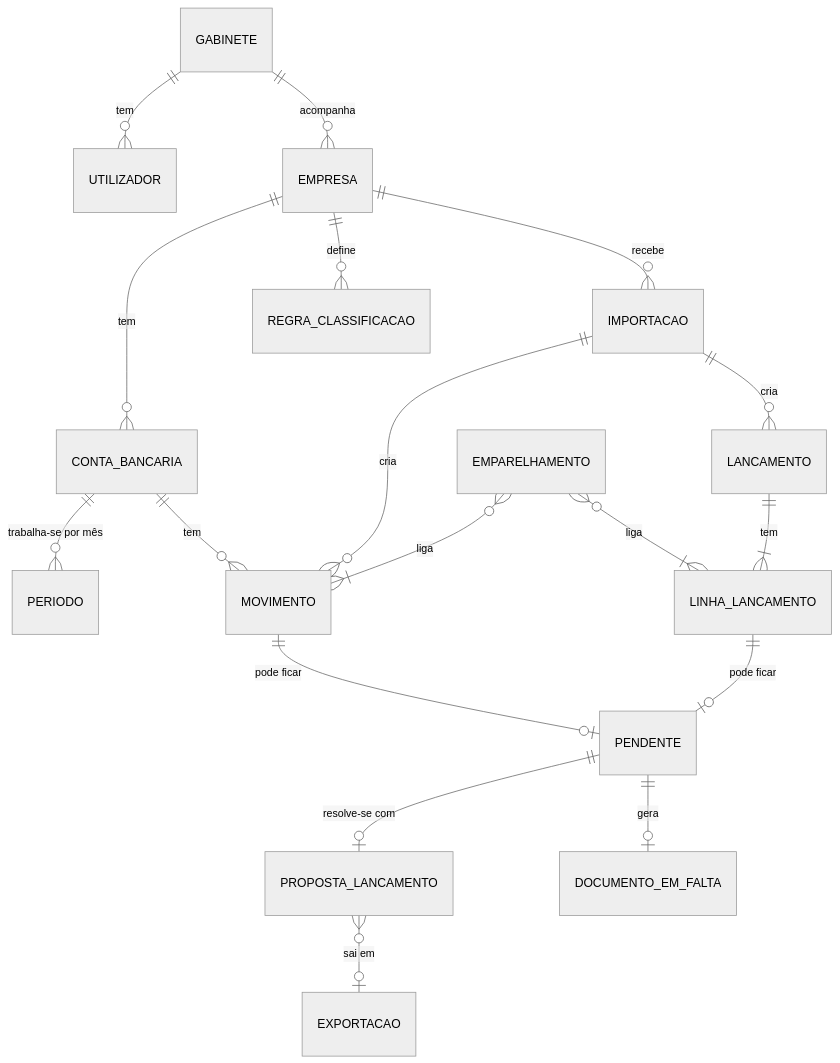
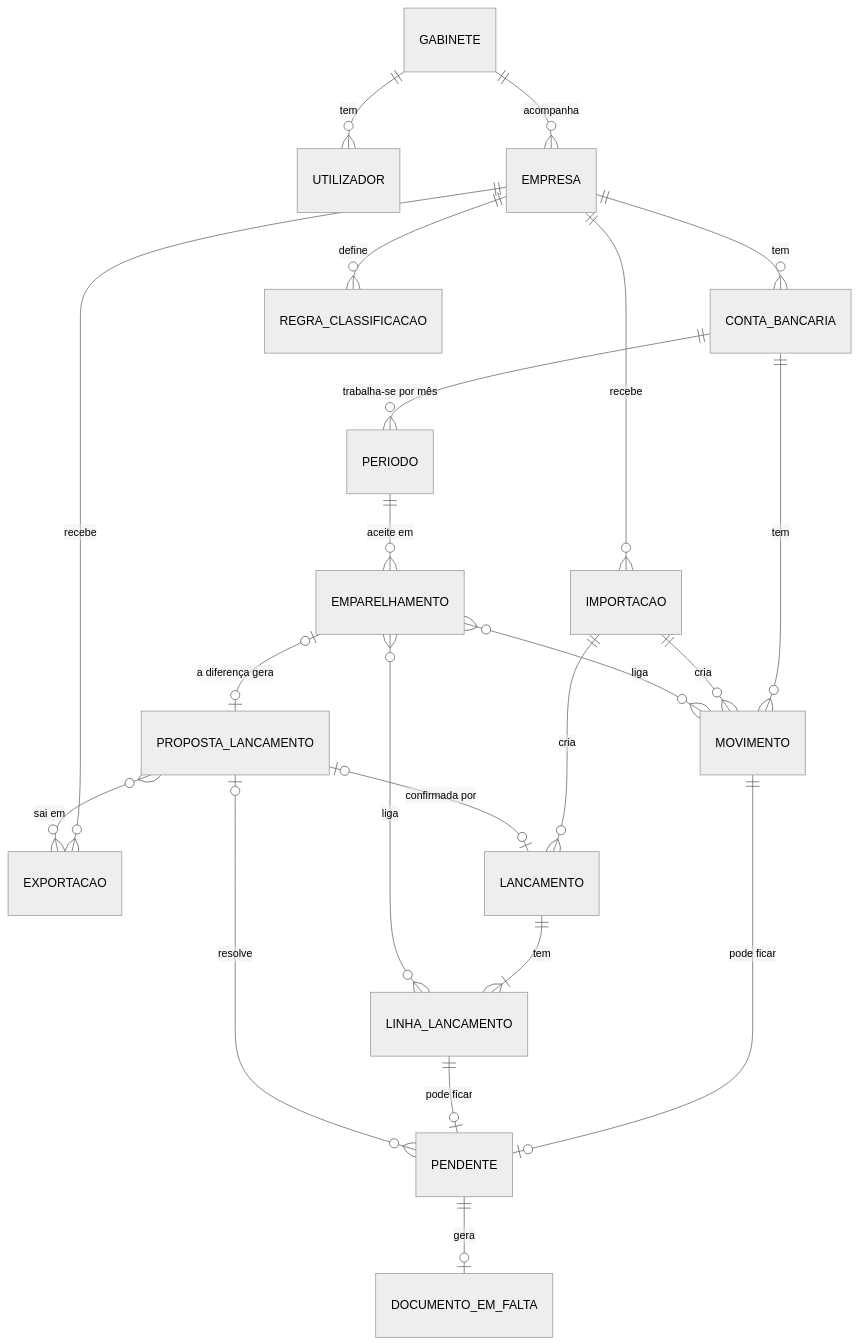
The second of 2 diagrams in docs/modelo-dominio.md (RafaelFerraz2002/bate-certo), drawn with Mermaid (neutral theme) before and after one commit. The commit also changed other lines of this file, not shown here.

````diff
--- a/docs/modelo-dominio.md
+++ b/docs/modelo-dominio.md
@@ -45,20 +47,24 @@
 ```mermaid
 erDiagram
   GABINETE ||--o{ UTILIZADOR : tem
   GABINETE ||--o{ EMPRESA : acompanha
   EMPRESA ||--o{ CONTA_BANCARIA : tem
   EMPRESA ||--o{ REGRA_CLASSIFICACAO : define
   EMPRESA ||--o{ IMPORTACAO : recebe
+  EMPRESA ||--o{ EXPORTACAO : recebe
   CONTA_BANCARIA ||--o{ PERIODO : "trabalha-se por mês"
   CONTA_BANCARIA ||--o{ MOVIMENTO : tem
   IMPORTACAO ||--o{ MOVIMENTO : cria
   IMPORTACAO ||--o{ LANCAMENTO : cria
   LANCAMENTO ||--|{ LINHA_LANCAMENTO : tem
-  EMPARELHAMENTO }o--|{ MOVIMENTO : liga
-  EMPARELHAMENTO }o--|{ LINHA_LANCAMENTO : liga
+  PERIODO ||--o{ EMPARELHAMENTO : "aceite em"
+  EMPARELHAMENTO }o--o{ MOVIMENTO : liga
+  EMPARELHAMENTO }o--o{ LINHA_LANCAMENTO : liga
+  EMPARELHAMENTO |o--o| PROPOSTA_LANCAMENTO : "a diferença gera"
   MOVIMENTO ||--o| PENDENTE : "pode ficar"
   LINHA_LANCAMENTO ||--o| PENDENTE : "pode ficar"
-  PENDENTE ||--o| PROPOSTA_LANCAMENTO : "resolve-se com"
+  PROPOSTA_LANCAMENTO |o--o{ PENDENTE : resolve
   PENDENTE ||--o| DOCUMENTO_EM_FALTA : gera
-  PROPOSTA_LANCAMENTO }o--o| EXPORTACAO : "sai em"
+  PROPOSTA_LANCAMENTO }o--o{ EXPORTACAO : "sai em"
+  PROPOSTA_LANCAMENTO |o--o| LANCAMENTO : "confirmada por"
 ```
````
